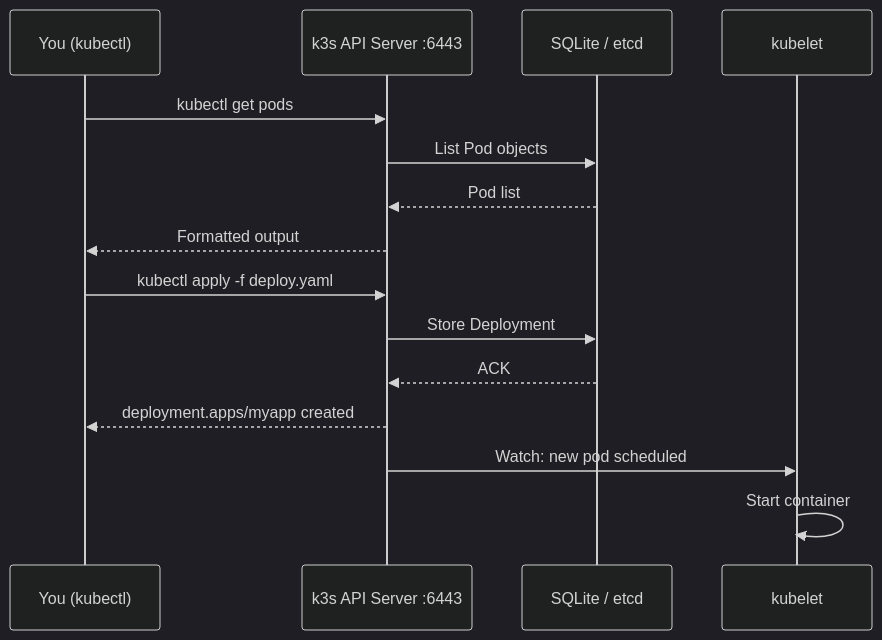
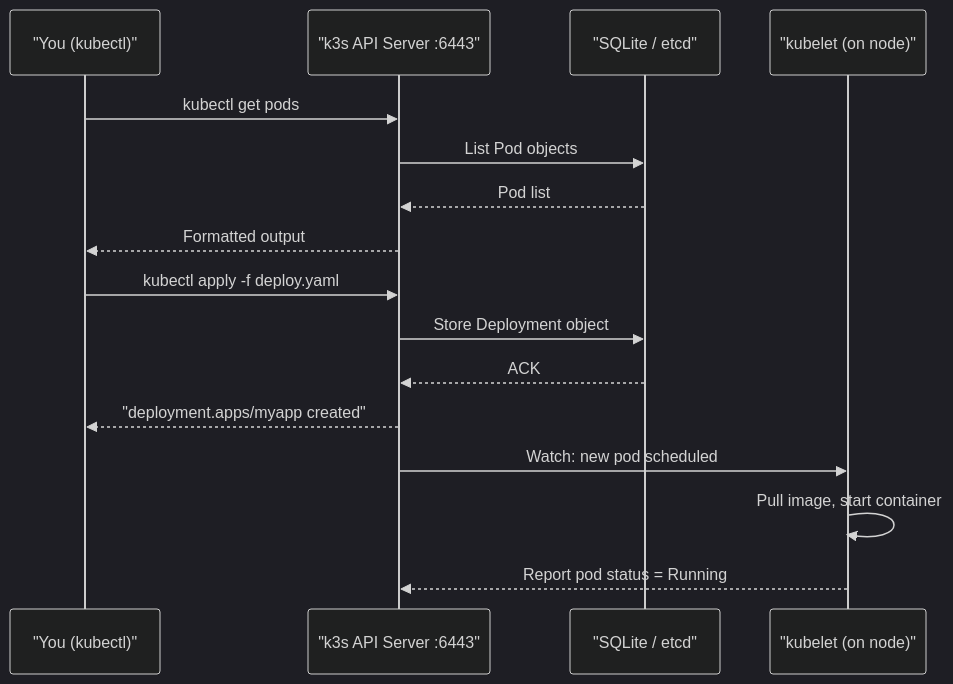
The first of 5 diagrams in 03_first_steps/01_kubectl_basics.md (UncleJS/course_k3s), drawn with Mermaid (dark theme) before and after one commit. The commit also changed other lines of this file and 45 other files, not shown here.

First line of the commit message:
Expand all course lessons: Mermaid diagrams + rich prose across 43 files

````diff
--- a/03_first_steps/01_kubectl_basics.md
+++ b/03_first_steps/01_kubectl_basics.md
@@ -32,19 +37,20 @@
 ```mermaid
 sequenceDiagram
-    participant YOU as You (kubectl)
-    participant API as k3s API Server :6443
-    participant DS as SQLite / etcd
-    participant KL as kubelet
+    participant YOU as "You (kubectl)"
+    participant API as "k3s API Server :6443"
+    participant DS as "SQLite / etcd"
+    participant KL as "kubelet (on node)"
 
     YOU->>API: kubectl get pods
     API->>DS: List Pod objects
     DS-->>API: Pod list
     API-->>YOU: Formatted output
 
     YOU->>API: kubectl apply -f deploy.yaml
-    API->>DS: Store Deployment
+    API->>DS: Store Deployment object
     DS-->>API: ACK
-    API-->>YOU: deployment.apps/myapp created
+    API-->>YOU: "deployment.apps/myapp created"
     API->>KL: Watch: new pod scheduled
-    KL->>KL: Start container
+    KL->>KL: Pull image, start container
+    KL-->>API: Report pod status = Running
 ```
````
